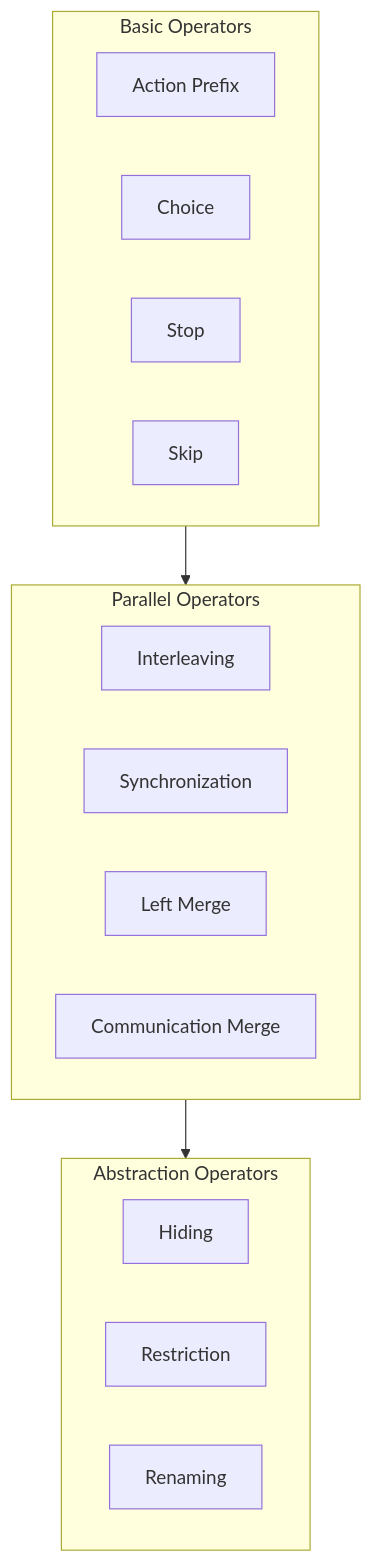
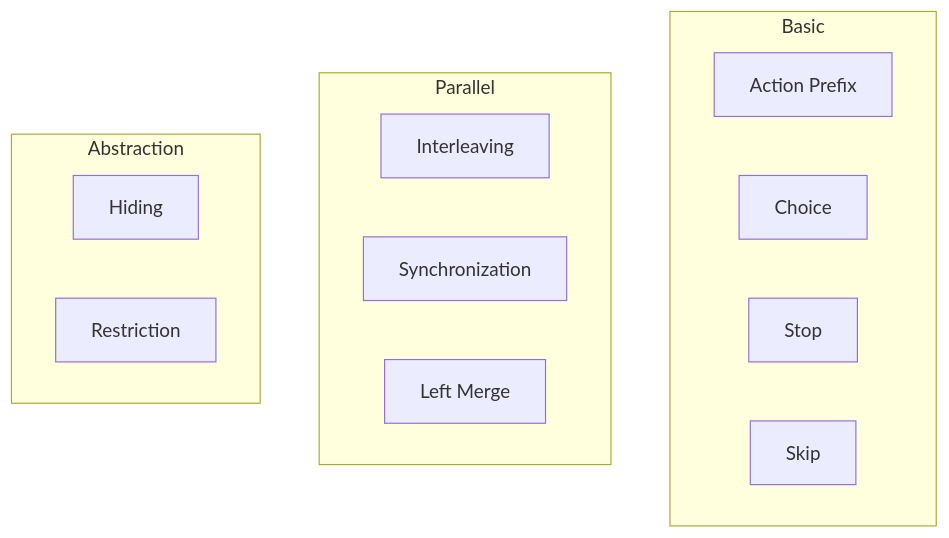
One commit to yshaaban/pa changed the third of 9 diagrams in process-algebra-verifier/docs/theory.md. Above: the diagram before and after it, drawn with Mermaid. The commit also changed other lines of this file, not shown here.

First line of the commit message:
fix: improve theory.md mermaid diagrams rendering

````diff
--- a/process-algebra-verifier/docs/theory.md
+++ b/process-algebra-verifier/docs/theory.md
@@ -63,25 +59,30 @@
 ```mermaid
 graph TB
-    subgraph Basic[Basic Operators]
-        Prefix[Action Prefix]
-        Choice[Choice]
-        Stop[Stop]
-        Skip[Skip]
+    Prefix[Action Prefix]
+    Choice[Choice]
+    Stop[Stop]
+    Skip[Skip]
+    Inter[Interleaving]
+    Sync[Synchronization]
+    Left[Left Merge]
+    Hide[Hiding]
+    Restrict[Restriction]
+
+    subgraph Basic
+        Prefix
+        Choice
+        Stop
+        Skip
     end
 
-    subgraph Parallel[Parallel Operators]
-        Inter[Interleaving]
-        Sync[Synchronization]
-        Left[Left Merge]
-        Comm[Communication Merge]
+    subgraph Parallel
+        Inter
+        Sync
+        Left
     end
 
-    subgraph Abstract[Abstraction Operators]
-        Hide[Hiding]
-        Restrict[Restriction]
-        Rename[Renaming]
+    subgraph Abstraction
+        Hide
+        Restrict
     end
-
-    Basic --> Parallel
-    Parallel --> Abstract
 ```
````
